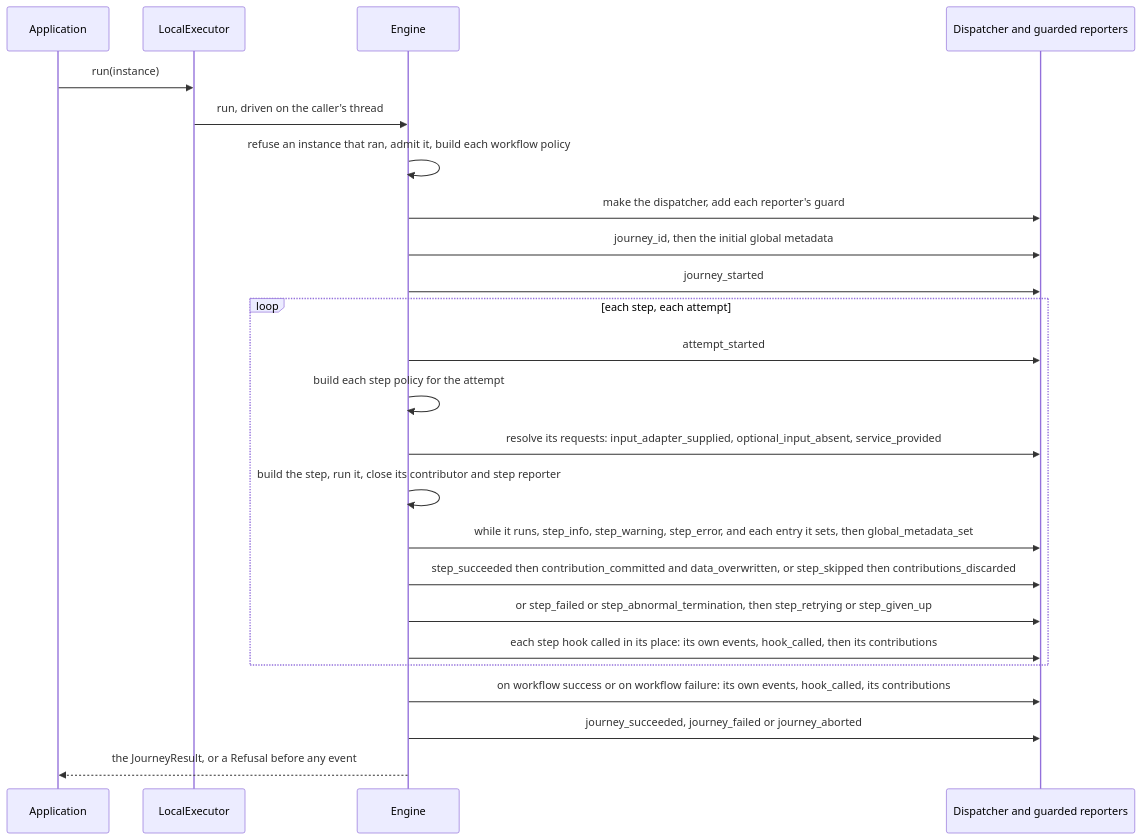
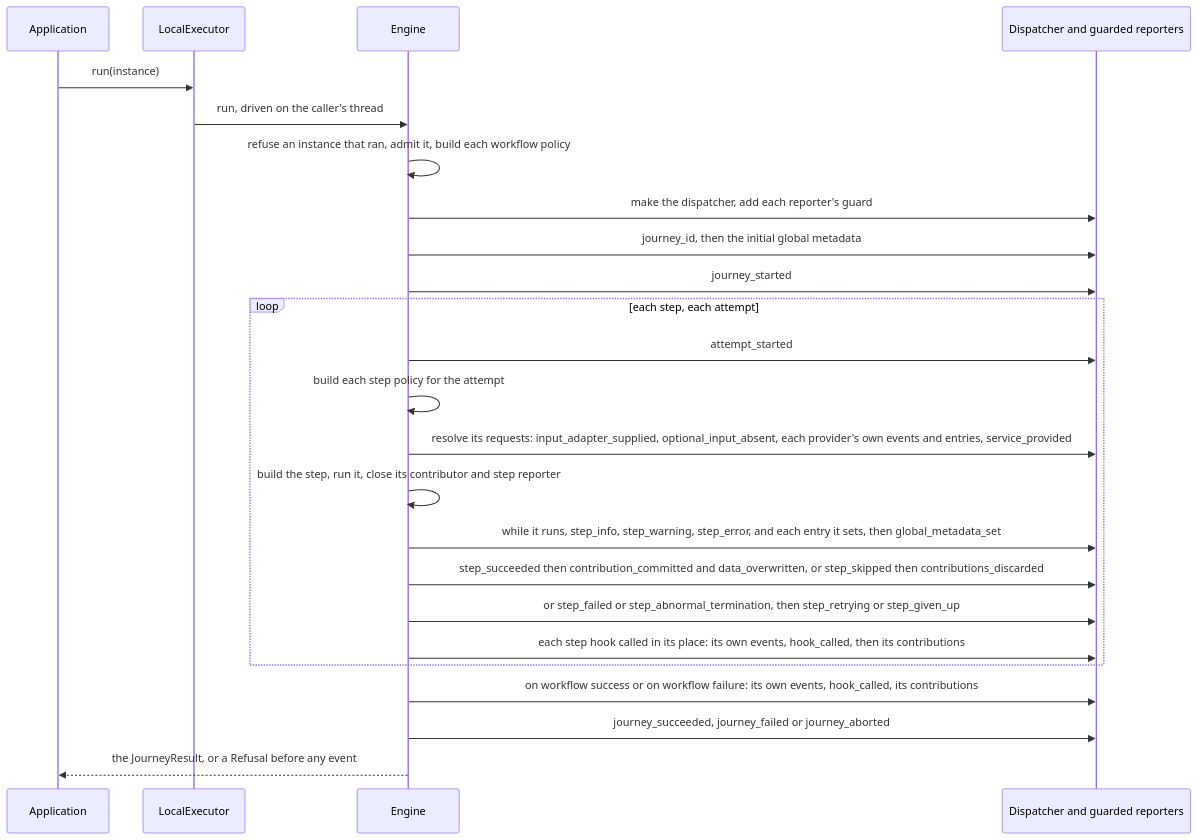
Before and after one commit to itinera-dev/itinera-j: the third of 4 diagrams in docs/architecture.md, drawn with Mermaid. The commit also changed other lines of this file and 29 other files, not shown here.

First line of the commit message:
feat(service): give each call of a service provider its own reporter

````diff
--- a/docs/architecture.md
+++ b/docs/architecture.md
@@ -79,28 +79,28 @@
 ```mermaid
 sequenceDiagram
     accTitle: How LocalExecutor runs one journey
-    accDescr: The application calls run with an instance. The executor refuses a call while it runs a journey and an instance that ran, then checks the instance for every violation, then builds each workflow policy, then makes the dispatcher and adds a guard for each reporter, then sets journey_id and the initial global metadata. Then the engine emits journey_started, and for each step attempts it: attempt_started, then each step policy is built for the attempt, then what the step requests is resolved, its inputs first, through its input adapter, which emits input_adapter_supplied, or from the data bag, which emits optional_input_absent for an optional input with no value, then its services, whose providers emit service_provided, then the step is built and run with a contributor and a step reporter made for the attempt, through which it emits step_info, step_warning and step_error and sets global metadata, each entry reaching the reporters before global_metadata_set; a success emits step_succeeded, then contribution_committed for each key the step contributed, with data_overwritten after a key that held a value, then on step success is called; a skip emits step_skipped and contributions_discarded, and the next step follows; a failure emits step_failed and an abnormal termination step_abnormal_termination, after which on step abnormal termination is called, then on step retry, step_retrying and another attempt, or step_given_up, on step failure and the end of the journey. Each hook called emits what it reports, then hook_called, then what it contributed is committed. A lifecycle a step hook returns may end the journey at once. At the end, on workflow success or on workflow failure is called, then the engine emits journey_succeeded or journey_failed. An abort emits journey_aborted, and no hook runs after it. The executor returns the result.
+    accDescr: The application calls run with an instance. The executor refuses a call while it runs a journey and an instance that ran, then checks the instance for every violation, then builds each workflow policy, then makes the dispatcher and adds a guard for each reporter, then sets journey_id and the initial global metadata. Then the engine emits journey_started, and for each step attempts it: attempt_started, then each step policy is built for the attempt, then what the step requests is resolved, its inputs first, through its input adapter, which emits input_adapter_supplied, or from the data bag, which emits optional_input_absent for an optional input with no value, then its services, whose providers emit journey_info, journey_warning and journey_error and set global metadata through a provider reporter made for the call, then emit service_provided, then the step is built and run with a contributor and a step reporter made for the attempt, through which it emits step_info, step_warning and step_error and sets global metadata, each entry reaching the reporters before global_metadata_set; a success emits step_succeeded, then contribution_committed for each key the step contributed, with data_overwritten after a key that held a value, then on step success is called; a skip emits step_skipped and contributions_discarded, and the next step follows; a failure emits step_failed and an abnormal termination step_abnormal_termination, after which on step abnormal termination is called, then on step retry, step_retrying and another attempt, or step_given_up, on step failure and the end of the journey. Each hook called emits what it reports, then hook_called, then what it contributed is committed. A lifecycle a step hook returns may end the journey at once. At the end, on workflow success or on workflow failure is called, then the engine emits journey_succeeded or journey_failed. An abort emits journey_aborted, and no hook runs after it. The executor returns the result.
     participant App as Application
     participant Exec as LocalExecutor
     participant Eng as Engine
     participant Disp as Dispatcher and guarded reporters
     App->>Exec: run(instance)
     Exec->>Eng: run, driven on the caller's thread
     Eng->>Eng: refuse an instance that ran, admit it, build each workflow policy
     Eng->>Disp: make the dispatcher, add each reporter's guard
     Eng->>Disp: journey_id, then the initial global metadata
     Eng->>Disp: journey_started
     loop each step, each attempt
         Eng->>Disp: attempt_started
         Eng->>Eng: build each step policy for the attempt
-        Eng->>Disp: resolve its requests: input_adapter_supplied, optional_input_absent, service_provided
+        Eng->>Disp: resolve its requests: input_adapter_supplied, optional_input_absent, each provider's own events and entries, service_provided
         Eng->>Eng: build the step, run it, close its contributor and step reporter
         Eng->>Disp: while it runs, step_info, step_warning, step_error, and each entry it sets, then global_metadata_set
         Eng->>Disp: step_succeeded then contribution_committed and data_overwritten, or step_skipped then contributions_discarded
         Eng->>Disp: or step_failed or step_abnormal_termination, then step_retrying or step_given_up
         Eng->>Disp: each step hook called in its place: its own events, hook_called, then its contributions
     end
     Eng->>Disp: on workflow success or on workflow failure: its own events, hook_called, its contributions
     Eng->>Disp: journey_succeeded, journey_failed or journey_aborted
     Eng-->>App: the JourneyResult, or a Refusal before any event
 ```
````
